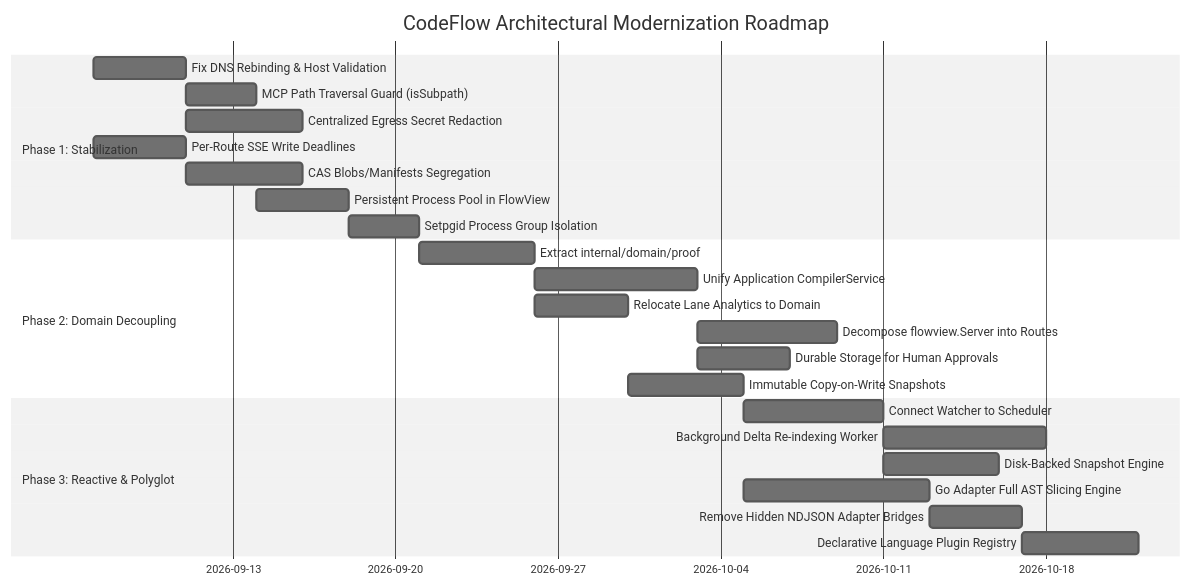
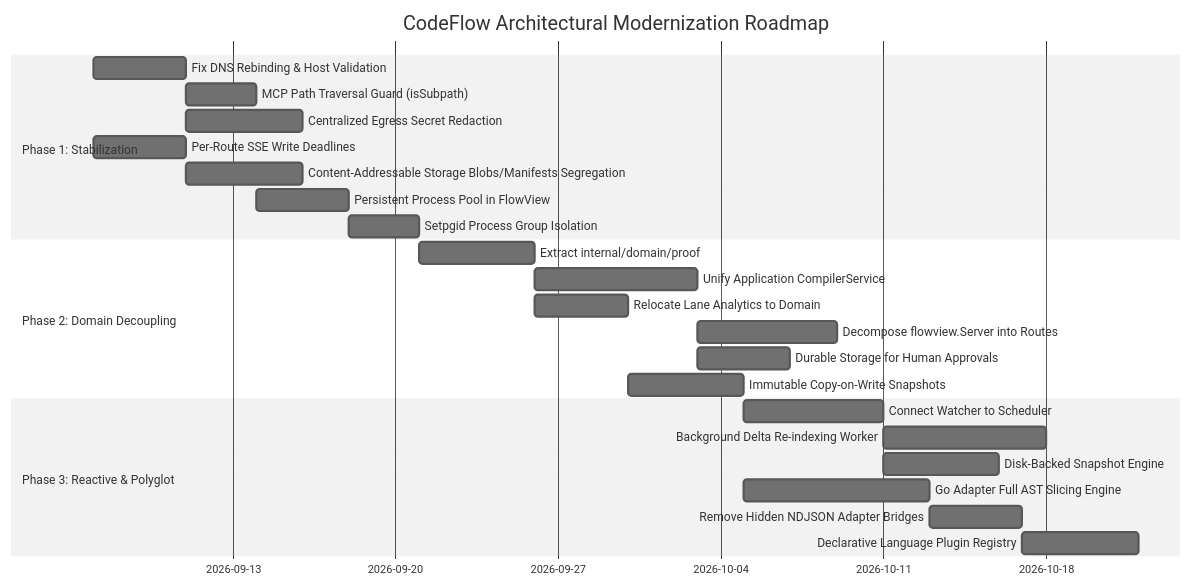
One commit to cutehackers/codeflow changed the fourth of 4 diagrams in docs/architecture/architecture.md. Above: the diagram before and after it, drawn with Mermaid (neutral theme). The commit also changed other lines of this file and 199 other files, not shown here.

````diff
--- a/docs/architecture/architecture.md
+++ b/docs/architecture/architecture.md
@@ -317,27 +317,27 @@
 ```mermaid
 gantt
     title CodeFlow Architectural Modernization Roadmap
     dateFormat  YYYY-MM-DD
     section Phase 1: Stabilization
     Fix DNS Rebinding & Host Validation     :p1_1, 2026-09-07, 4d
     MCP Path Traversal Guard (isSubpath)     :p1_2, after p1_1, 3d
     Centralized Egress Secret Redaction      :p1_3, after p1_1, 5d
     Per-Route SSE Write Deadlines           :p1_4, 2026-09-07, 4d
-    CAS Blobs/Manifests Segregation         :p1_5, after p1_4, 5d
+    Content-Addressable Storage Blobs/Manifests Segregation :p1_5, after p1_4, 5d
     Persistent Process Pool in FlowView     :p1_6, after p1_2, 4d
     Setpgid Process Group Isolation         :p1_7, after p1_6, 3d
     section Phase 2: Domain Decoupling
     Extract internal/domain/proof           :p2_1, 2026-09-21, 5d
     Unify Application CompilerService       :p2_2, after p2_1, 7d
     Relocate Lane Analytics to Domain       :p2_3, after p2_1, 4d
     Decompose flowview.Server into Routes   :p2_4, after p2_2, 6d
     Durable Storage for Human Approvals     :p2_5, after p2_2, 4d
     Immutable Copy-on-Write Snapshots       :p2_6, after p2_3, 5d
     section Phase 3: Reactive & Polyglot
     Connect Watcher to Scheduler            :p3_1, 2026-10-05, 6d
     Background Delta Re-indexing Worker     :p3_2, after p3_1, 7d
     Disk-Backed Snapshot Engine             :p3_3, after p3_1, 5d
     Go Adapter Full AST Slicing Engine      :p3_4, 2026-10-05, 8d
     Remove Hidden NDJSON Adapter Bridges    :p3_5, after p3_4, 4d
     Declarative Language Plugin Registry    :p3_6, after p3_5, 5d
 ```
````
